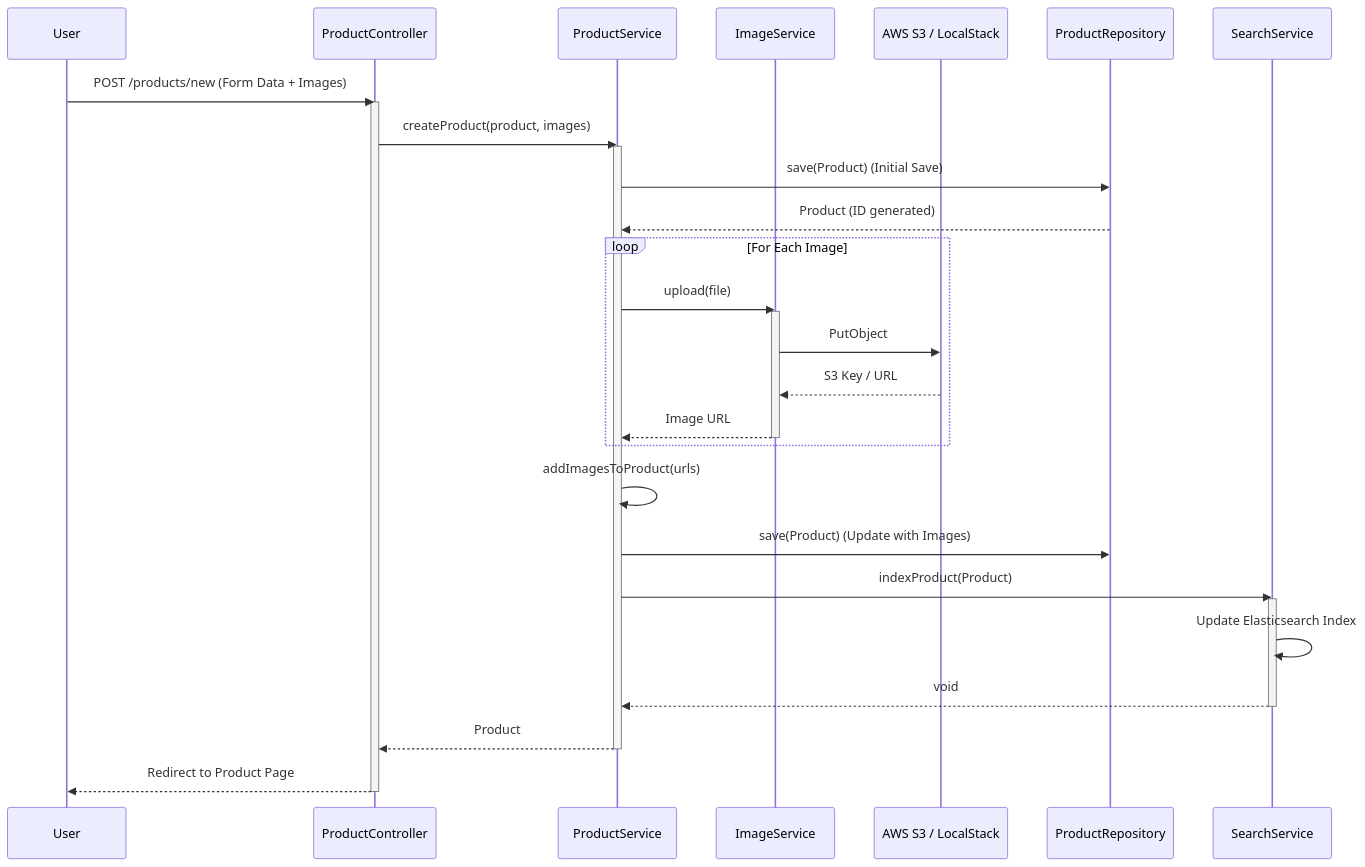
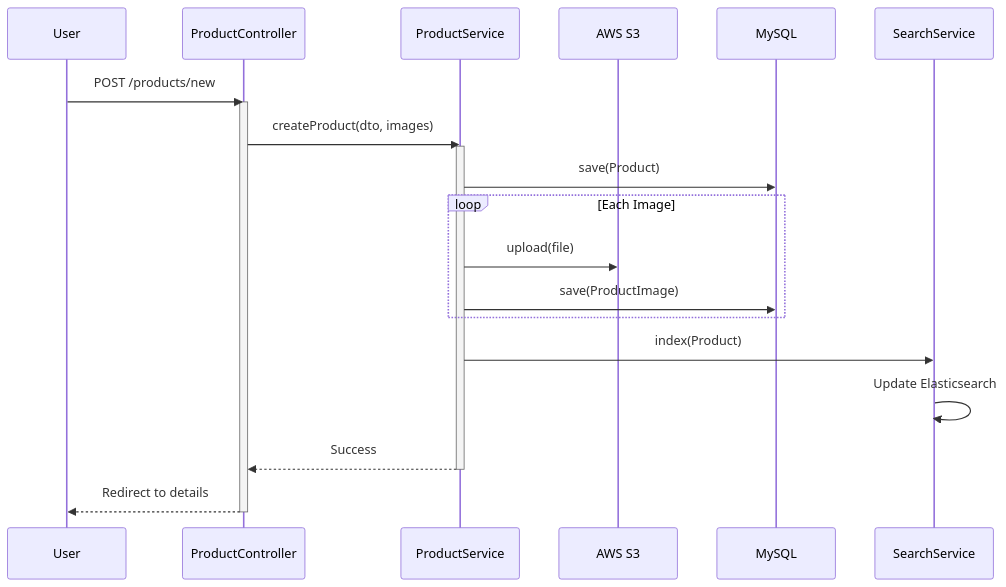
Before and after one commit to Rebbouh-Mohamed/Marketplace-App: the third of 5 diagrams in docs/uml_diagrams.md, drawn with Mermaid. The commit also changed other lines of this file and 8 other files, not shown here.

````diff
--- a/docs/uml_diagrams.md
+++ b/docs/uml_diagrams.md
@@ -91,43 +74,31 @@
 ```mermaid
 sequenceDiagram
     participant User
     participant Controller as ProductController
-    participant PService as ProductService
-    participant IService as ImageService
-    participant S3 as AWS S3 / LocalStack
-    participant Repo as ProductRepository
+    participant Service as ProductService
+    participant S3 as AWS S3
+    participant DB as MySQL
     participant Search as SearchService
 
-    User->>Controller: POST /products/new (Form Data + Images)
+    User->>Controller: POST /products/new
     activate Controller
     
-    Controller->>PService: createProduct(product, images)
-    activate PService
+    Controller->>Service: createProduct(dto, images)
+    activate Service
     
-    PService->>Repo: save(Product) (Initial Save)
-    Repo-->>PService: Product (ID generated)
+    Service->>DB: save(Product)
     
-    loop For Each Image
-        PService->>IService: upload(file)
-        activate IService
-        IService->>S3: PutObject
-        S3-->>IService: S3 Key / URL
-        IService-->>PService: Image URL
-        deactivate IService
+    loop Each Image
+        Service->>S3: upload(file)
+        Service->>DB: save(ProductImage)
     end
     
-    PService->>PService: addImagesToProduct(urls)
-    PService->>Repo: save(Product) (Update with Images)
+    Service->>Search: index(Product)
+    Search->>Search: Update Elasticsearch
     
-    PService->>Search: indexProduct(Product)
-    activate Search
-    Search->>Search: Update Elasticsearch Index
-    Search-->>PService: void
-    deactivate Search
+    Service-->>Controller: Success
+    deactivate Service
     
-    PService-->>Controller: Product
-    deactivate PService
-    
-    Controller-->>User: Redirect to Product Page
+    Controller-->>User: Redirect to details
     deactivate Controller
 ```
````
